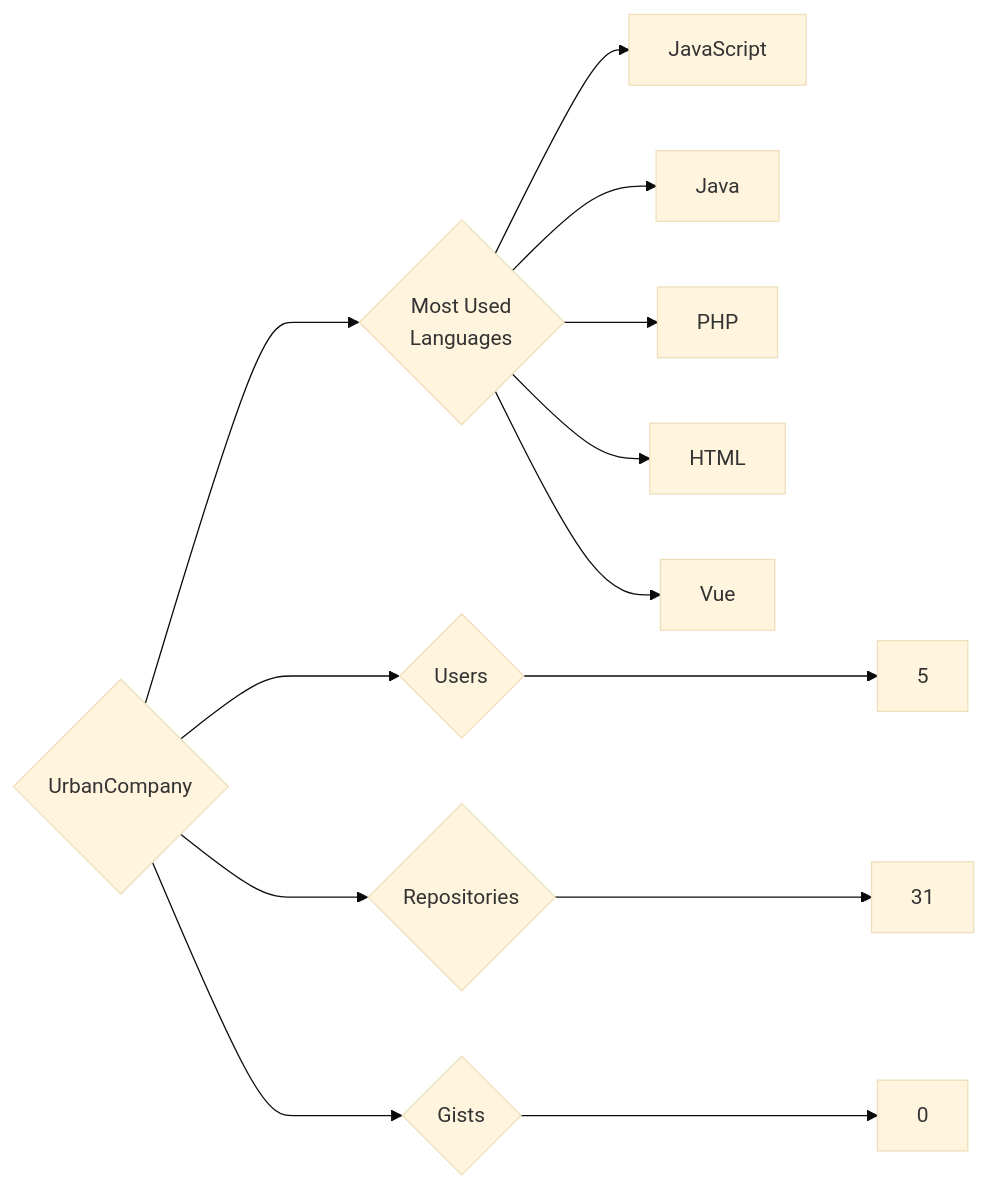
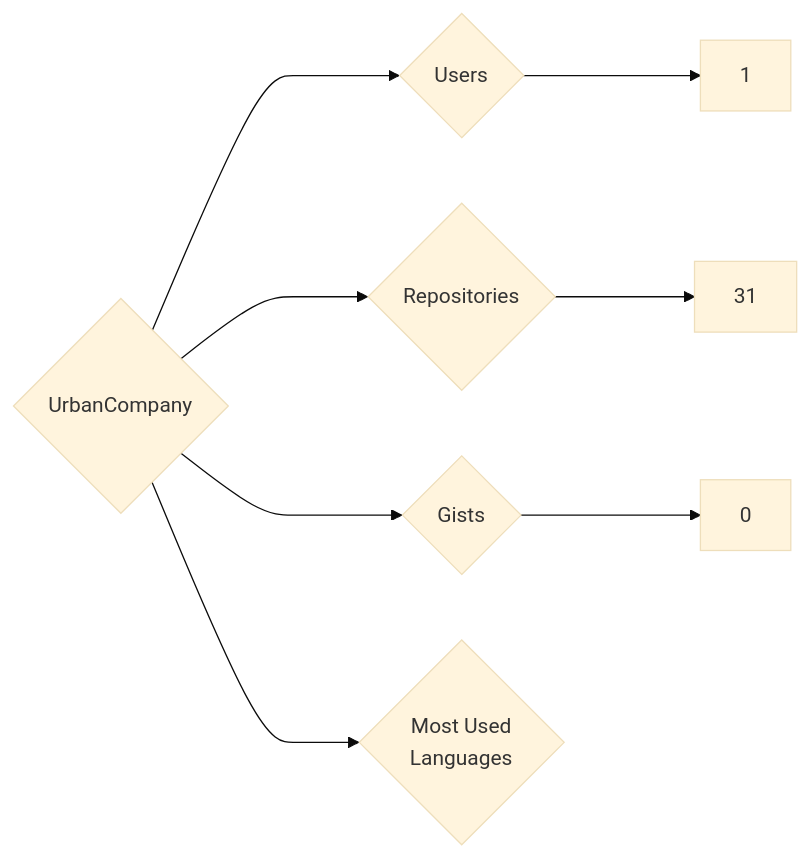
Before and after one commit to trickest/insiders: the diagram in targets/UrbanCompany/README.md, drawn with Mermaid (base theme). The commit also changed 871 other files, not shown here.

````diff
--- a/targets/UrbanCompany/README.md
+++ b/targets/UrbanCompany/README.md
@@ -3,13 +3,8 @@
 ```mermaid
 graph LR
 COMPANY_NAME{UrbanCompany}
-COMPANY_NAME ---> U{Users} ---> UN[5]
+COMPANY_NAME ---> U{Users} ---> UN[1]
 COMPANY_NAME ---> R{Repositories} ---> RN[31]
 COMPANY_NAME ---> G{Gists} ---> GN[0]
 COMPANY_NAME ---> ML{Most Used<br>Languages}
-ML --> JavaScript[JavaScript]
-ML --> Java[Java]
-ML --> PHP[PHP]
-ML --> HTML[HTML]
-ML --> Vue[Vue]
 ```
````
